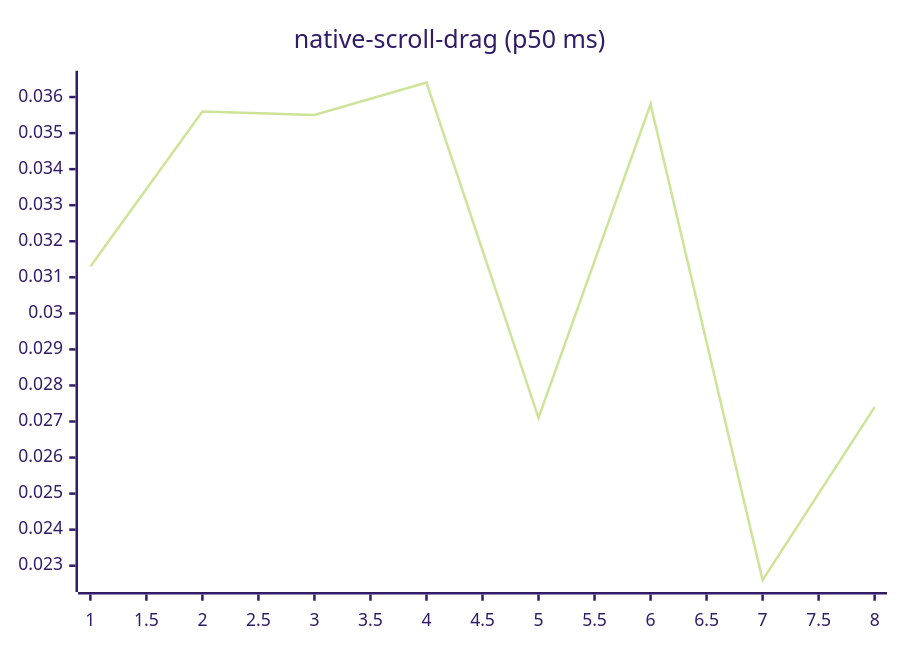
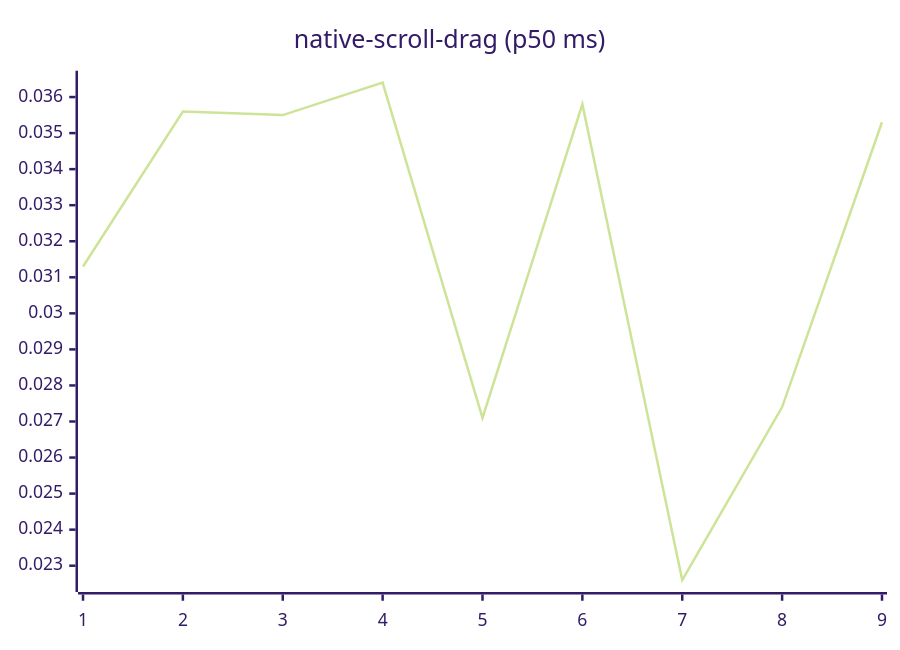
Diagram 14 of 27 in README.md (josha/Facet), drawn with Mermaid (forest theme) before and after one commit. The commit also changed other lines of this file and 2 other files, not shown here.

````diff
--- a/README.md
+++ b/README.md
@@ -154,6 +154,6 @@
 ```mermaid
 xychart-beta
     title "native-scroll-drag (p50 ms)"
-    x-axis 1 --> 8
-    line [0.0313, 0.0356, 0.0355, 0.0364, 0.0271, 0.0358, 0.0226, 0.0274]
+    x-axis 1 --> 9
+    line [0.0313, 0.0356, 0.0355, 0.0364, 0.0271, 0.0358, 0.0226, 0.0274, 0.0353]
 ```
````
